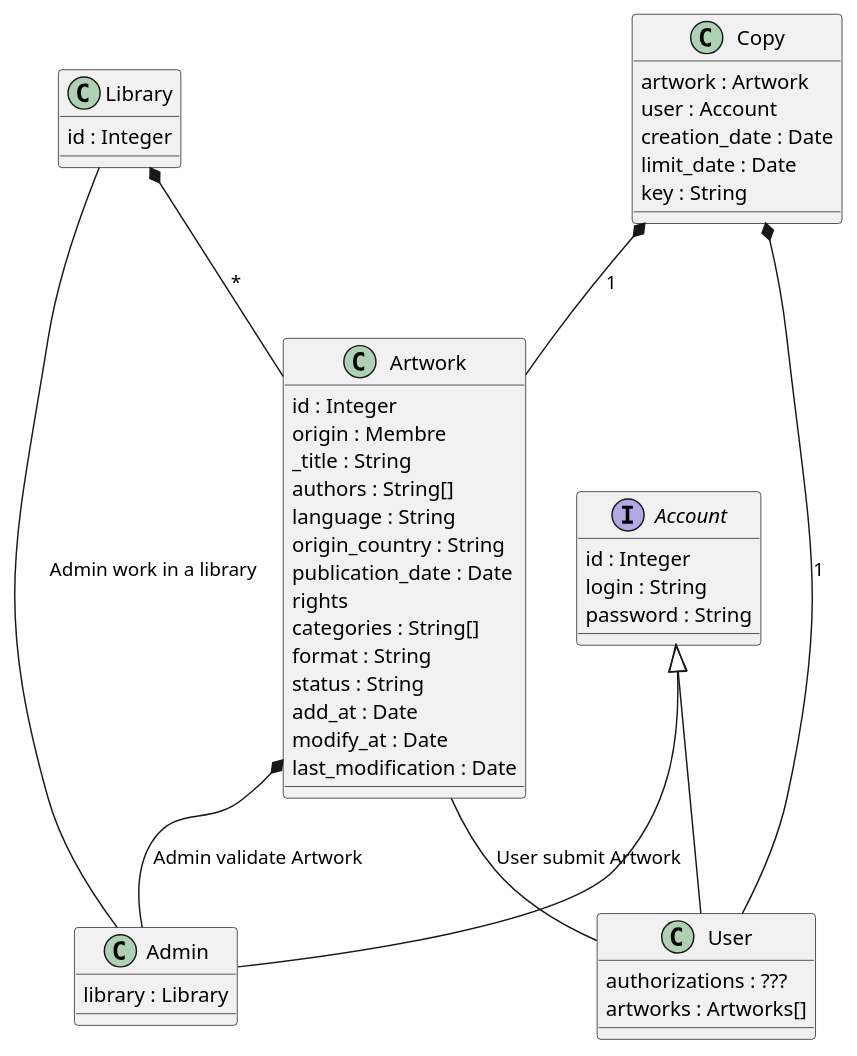
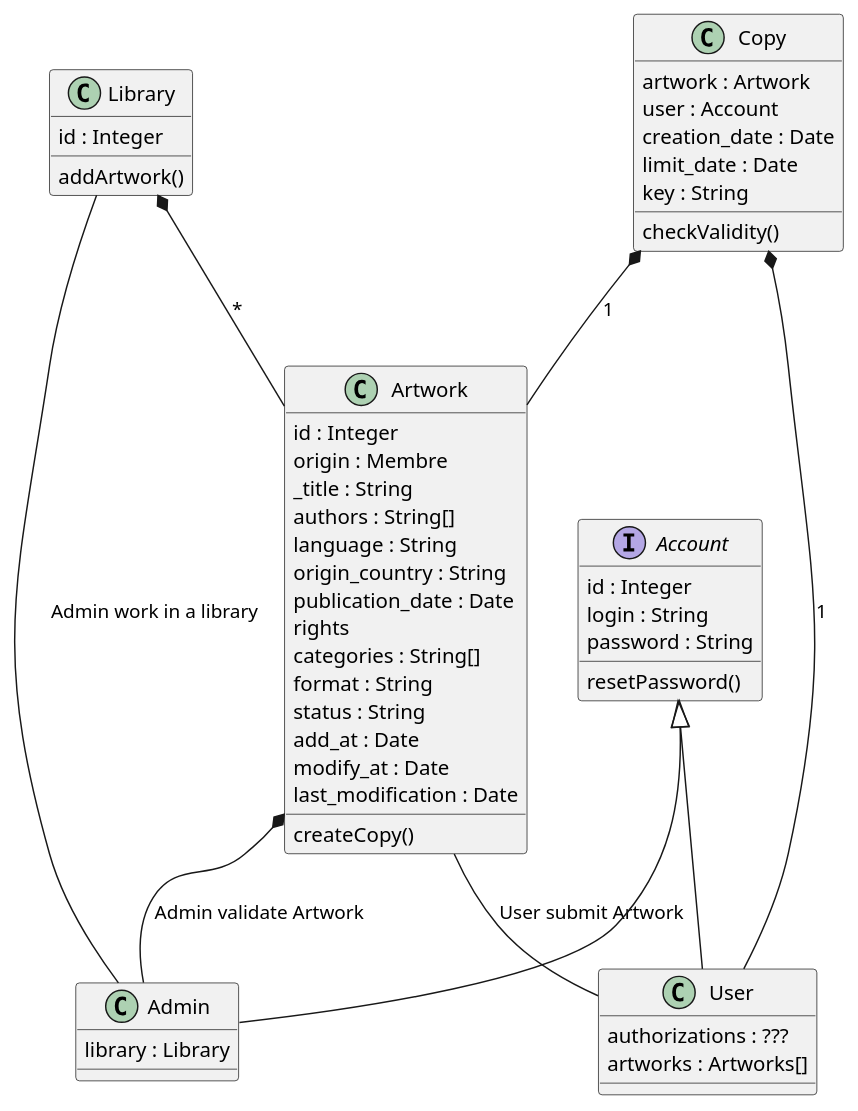
The diagram in diagramme_instance.puml (Anthony-Jhoiro/BibloDoc), drawn with PlantUML before and after one commit.

Commit message:
Add some methods to the instance diagramm, maybe we need to specify more of them

```diff
--- a/diagramme_instance.puml
+++ b/diagramme_instance.puml
@@ -1,56 +1,62 @@
 @startuml Diagramme de Classe
 class User {
     authorizations : ???
     artworks : Artworks[]
 }
 
 interface Account {
     id : Integer
     login : String
     password : String
+
+    resetPassword()
 }
 
 class Admin {
     library : Library
 }
 
 class Library {
     id : Integer
+
+    addArtwork()
 }
 
 class Artwork {
     id : Integer
     origin : Membre
     _title : String
     authors : String[]
     language : String
     origin_country : String
     publication_date : Date
     rights
     categories : String[]
     format : String
     status : String
     add_at : Date
     modify_at : Date
     last_modification : Date
+    createCopy()
 }
 
 class Copy {
     artwork : Artwork
     user : Account
     creation_date : Date
     limit_date : Date
     key : String
+    checkValidity()
 }
 
 
 Artwork -- User : User submit Artwork
 Artwork *-- Admin : Admin validate Artwork
 Library -- Admin : Admin work in a library
 Account <|-- Admin
 Account <|-- User
 Copy *-- User : 1
 Copy *-- Artwork : 1
 Library *-- Artwork : *
 
 @enduml
```
